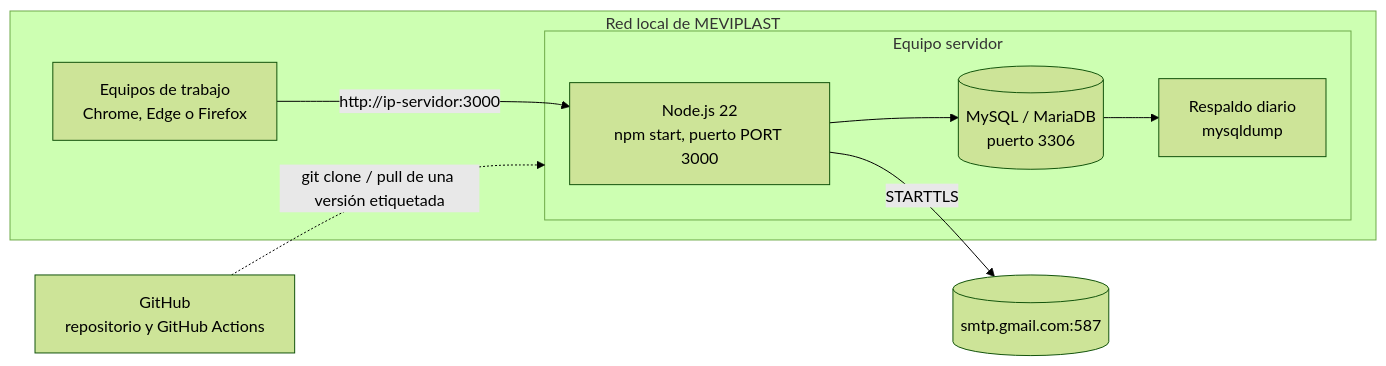
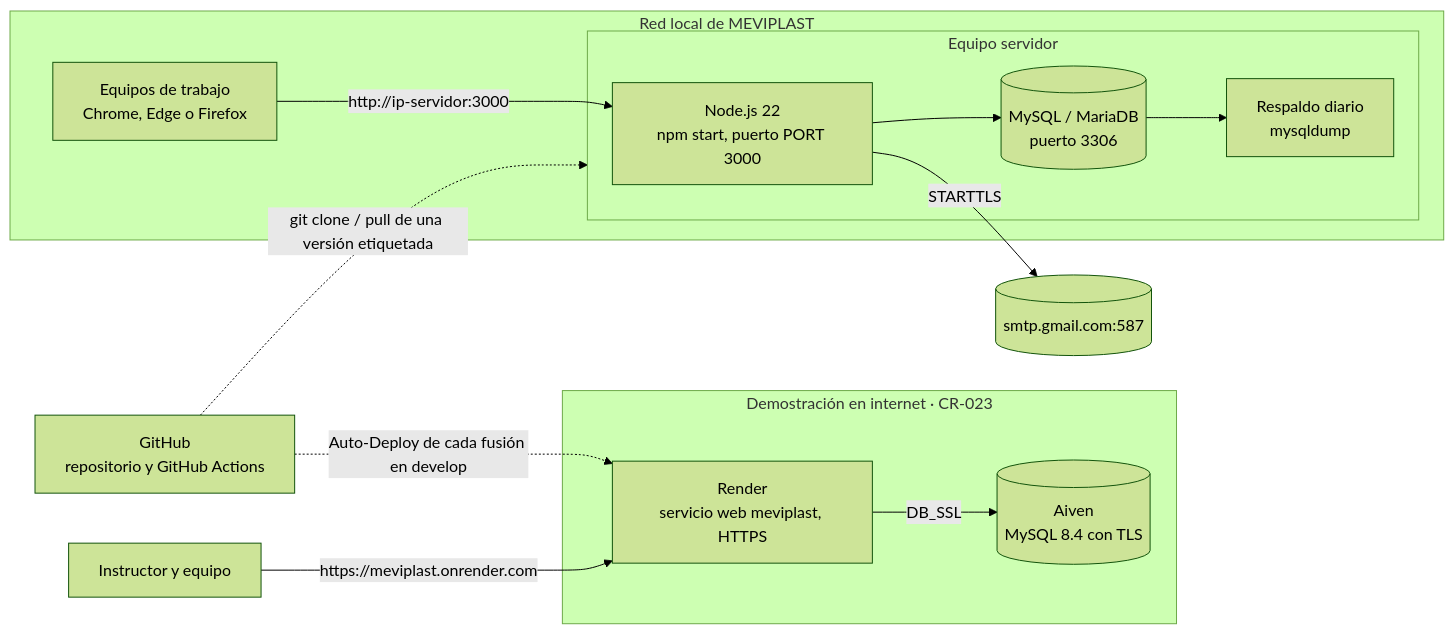
One commit to Pafuna08/MEVIPLAST-NODEJS changed the fifth of 5 diagrams in docs/architecture/diagramas.md. Above: the diagram before and after it, drawn with Mermaid (forest theme). The commit also changed other lines of this file and 23 other files, not shown here.

````diff
--- a/docs/architecture/diagramas.md
+++ b/docs/architecture/diagramas.md
@@ -109,18 +107,25 @@
 ```mermaid
 flowchart LR
   subgraph LAN[Red local de MEVIPLAST]
     PC1[Equipos de trabajo<br/>Chrome, Edge o Firefox]
     subgraph HOST[Equipo servidor]
       NODE[Node.js 22<br/>npm start, puerto PORT 3000]
       MYSQL[(MySQL / MariaDB<br/>puerto 3306)]
       BK[Respaldo diario<br/>mysqldump]
     end
   end
   GH[GitHub<br/>repositorio y GitHub Actions]
   SMTP[(smtp.gmail.com:587)]
   PC1 -->|http://ip-servidor:3000| NODE
   NODE --> MYSQL
   MYSQL --> BK
   NODE -->|STARTTLS| SMTP
   GH -.->|git clone / pull de una versión etiquetada| HOST
+  subgraph NUBE[Demostración en internet · CR-023]
+    RENDER[Render<br/>servicio web meviplast, HTTPS]
+    AIVEN[(Aiven<br/>MySQL 8.4 con TLS)]
+  end
+  INSTR[Instructor y equipo] -->|https://meviplast.onrender.com| RENDER
+  RENDER -->|DB_SSL| AIVEN
+  GH -.->|Auto-Deploy de cada fusión en develop| RENDER
 ```
````
